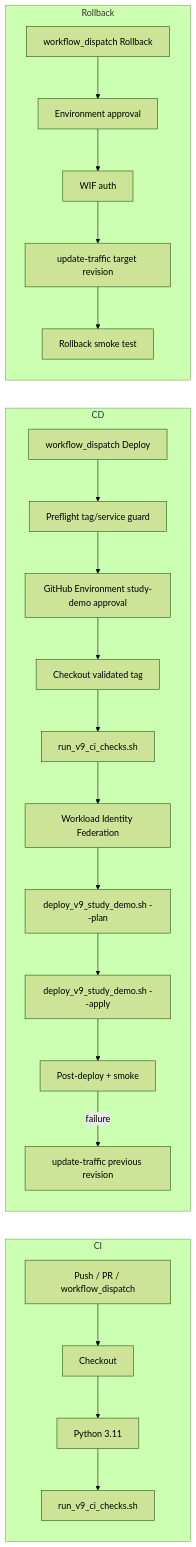
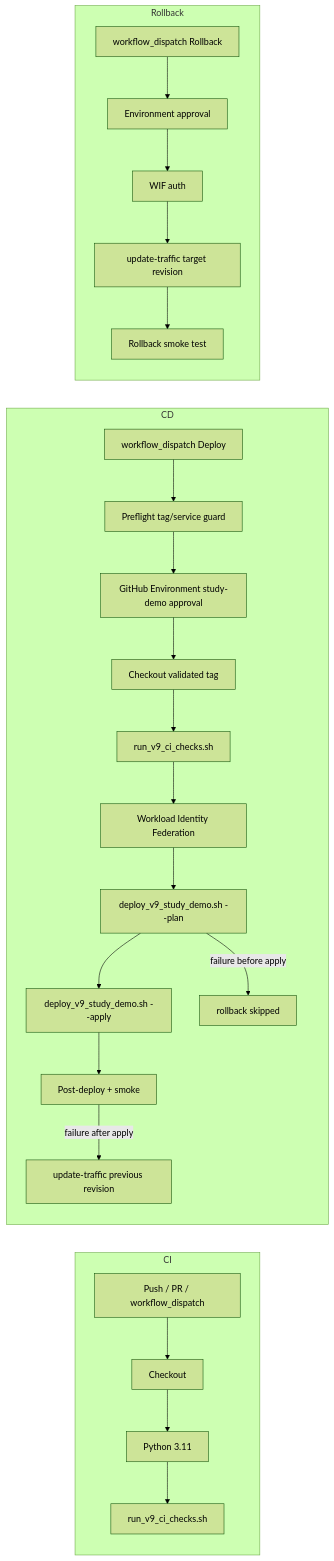
The diagram in docs/v9_github_actions_cicd.md (ta9se1E/tech-cartography-v9), drawn with Mermaid (forest theme) before and after one commit. The commit also changed other lines of this file and 4 other files, not shown here.

Commit message:
fix deploy runner python selection and rollback guard

````diff
--- a/docs/v9_github_actions_cicd.md
+++ b/docs/v9_github_actions_cicd.md
@@ -7,27 +7,28 @@
 ```mermaid
 flowchart LR
   subgraph CI
     PushPR[Push / PR / workflow_dispatch] --> CheckoutCI[Checkout]
     CheckoutCI --> PySetup[Python 3.11]
     PySetup --> SharedChecks[run_v9_ci_checks.sh]
   end
 
   subgraph CD
     ManualDeploy[workflow_dispatch Deploy] --> Preflight[Preflight tag/service guard]
     Preflight --> EnvApproval[GitHub Environment study-demo approval]
     EnvApproval --> CheckoutTag[Checkout validated tag]
     CheckoutTag --> SharedChecks2[run_v9_ci_checks.sh]
     SharedChecks2 --> WIF[Workload Identity Federation]
     WIF --> DeployPlan[deploy_v9_study_demo.sh --plan]
     DeployPlan --> DeployApply[deploy_v9_study_demo.sh --apply]
     DeployApply --> PostChecks[Post-deploy + smoke]
-    PostChecks -->|failure| AutoRollback[update-traffic previous revision]
+    PostChecks -->|failure after apply| AutoRollback[update-traffic previous revision]
+    DeployPlan -->|failure before apply| SkipRollback[rollback skipped]
   end
 
   subgraph Rollback
     ManualRollback[workflow_dispatch Rollback] --> EnvApproval2[Environment approval]
     EnvApproval2 --> WIF2[WIF auth]
     WIF2 --> TrafficSwitch[update-traffic target revision]
     TrafficSwitch --> Smoke[Rollback smoke test]
   end
 ```
````
